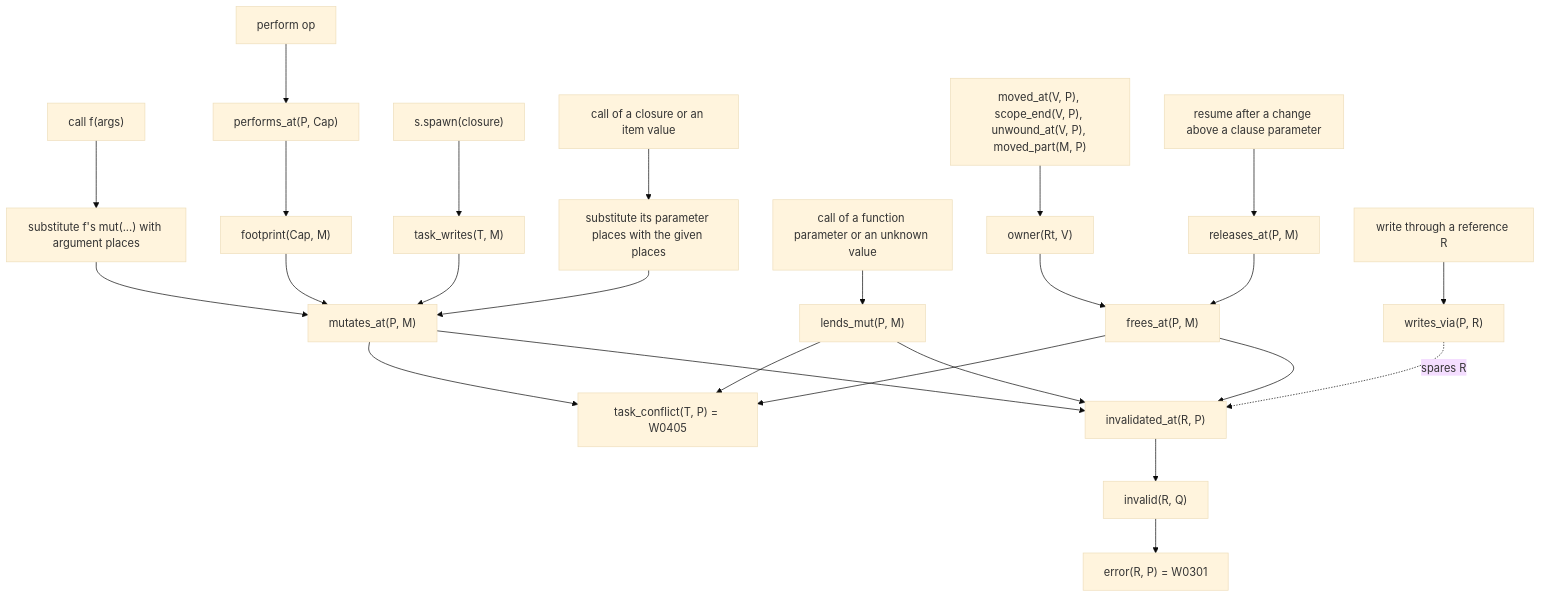
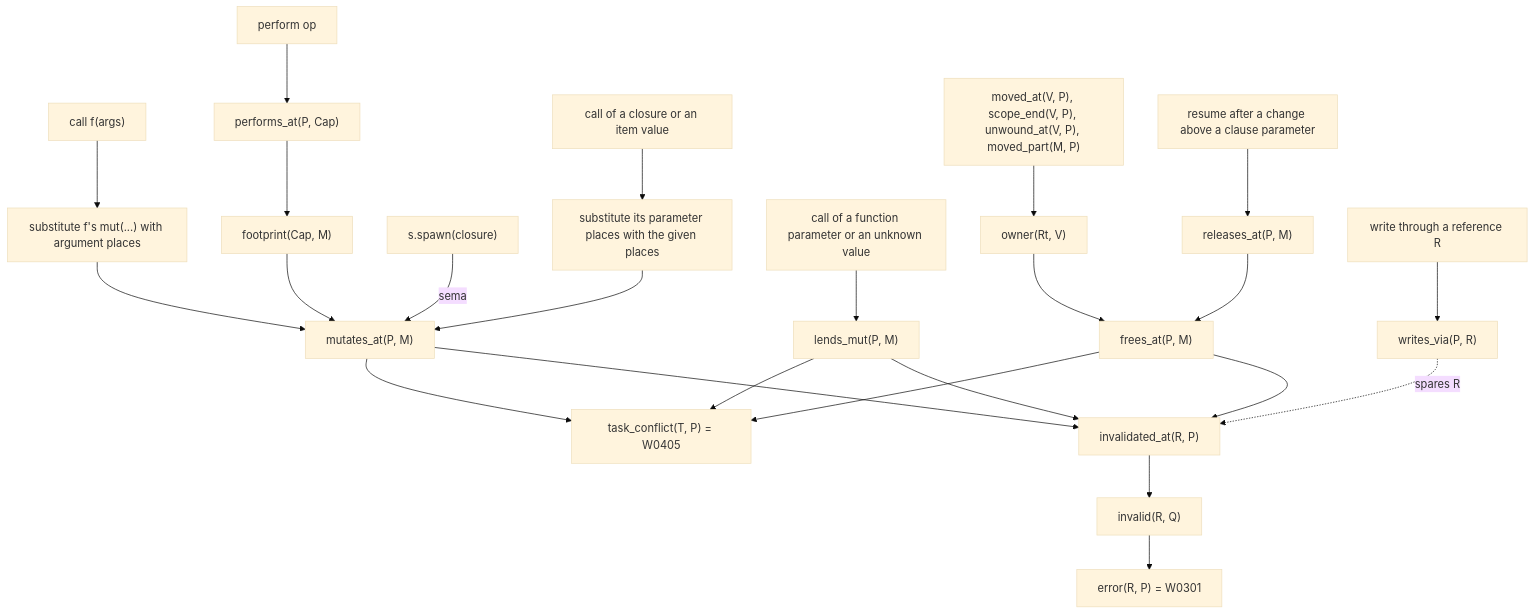
Before and after one commit to madmax983/weft: the second of 3 diagrams in docs/architecture.md, drawn with Mermaid (base theme). The commit also changed other lines of this file and 47 other files, not shown here.

````diff
--- a/docs/architecture.md
+++ b/docs/architecture.md
@@ -25,15 +25,15 @@
 ```mermaid
 flowchart TD
     call["call f(args)"] --> subst["substitute f's mut(...) with argument places"] --> mut["mutates_at(P, M)"]
     perform["perform op"] --> cap["performs_at(P, Cap)"] --> fp["footprint(Cap, M)"] --> mut
-    spawn["s.spawn(closure)"] --> tw["task_writes(T, M)"] --> mut
+    spawn["s.spawn(closure)"] -- "sema" --> mut
     value["call of a closure or an item value"] --> given["substitute its parameter places with the given places"] --> mut
     unknown["call of a function parameter or an unknown value"] --> lend["lends_mut(P, M)"] --> inv
     lend --> tc
     mut --> inv["invalidated_at(R, P)"] --> invalid["invalid(R, Q)"] --> err["error(R, P) = W0301"]
     drop["moved_at(V, P), scope_end(V, P), unwound_at(V, P), moved_part(M, P)"] --> own["owner(Rt, V)"] --> frees["frees_at(P, M)"] --> inv
     resume["resume after a change above a clause parameter"] --> rel["releases_at(P, M)"] --> frees
     via["write through a reference R"] --> wv["writes_via(P, R)"] -. "spares R" .-> inv
     frees --> tc["task_conflict(T, P) = W0405"]
     mut --> tc
 ```
````
